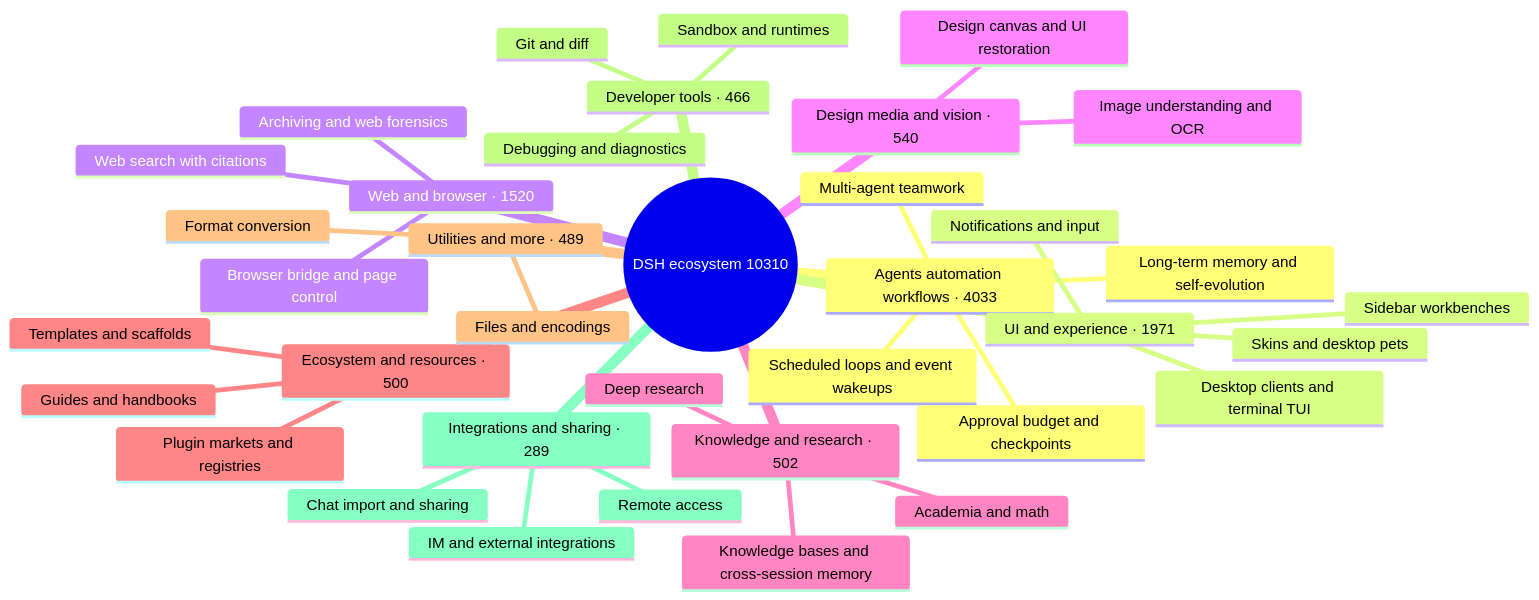
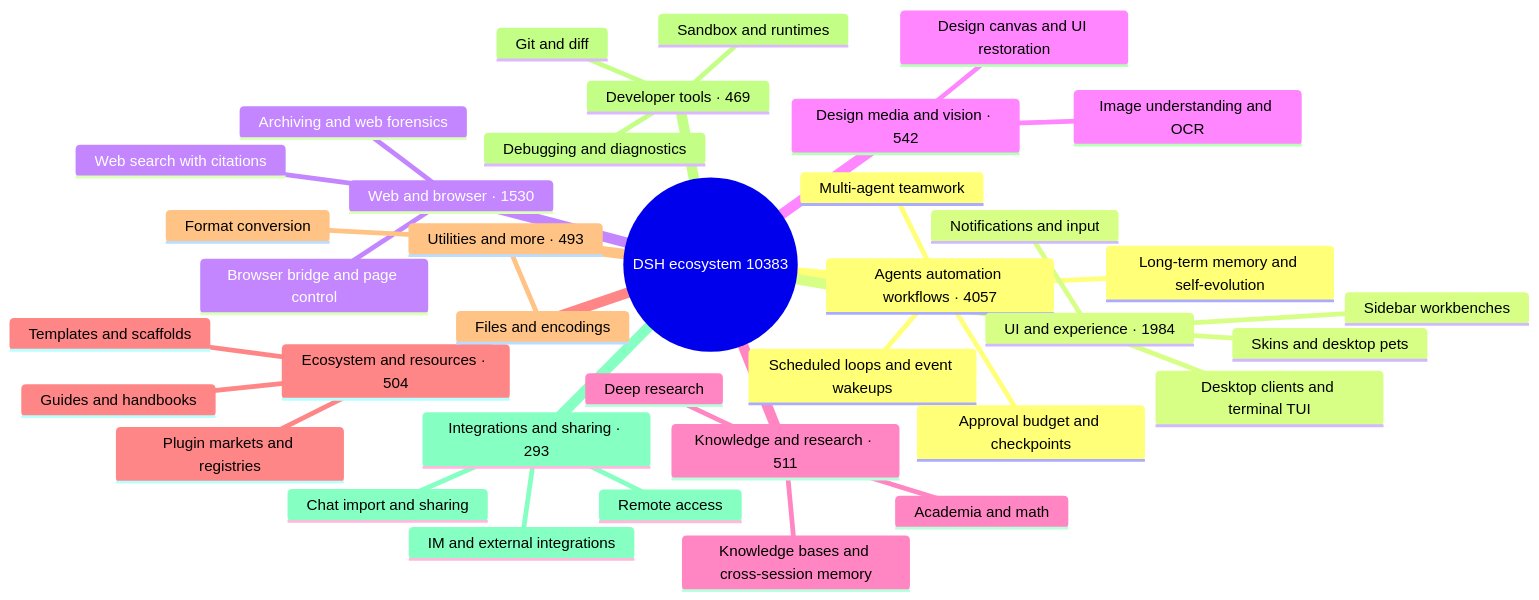
Before and after one commit to bruc3van/awesome-dsh-plugin: the diagram in README_EN.md, drawn with Mermaid. The commit also changed other lines of this file and 19 other files, not shown here.

````diff
--- a/README_EN.md
+++ b/README_EN.md
@@ -33,40 +33,40 @@
 ```mermaid
 mindmap
-  root((DSH ecosystem 10310))
-    Agents automation workflows · 4033
+  root((DSH ecosystem 10383))
+    Agents automation workflows · 4057
       Scheduled loops and event wakeups
       Multi-agent teamwork
       Long-term memory and self-evolution
       Approval budget and checkpoints
-    UI and experience · 1971
+    UI and experience · 1984
       Desktop clients and terminal TUI
       Sidebar workbenches
       Skins and desktop pets
       Notifications and input
-    Web and browser · 1520
+    Web and browser · 1530
       Browser bridge and page control
       Web search with citations
       Archiving and web forensics
-    Design media and vision · 540
+    Design media and vision · 542
       Image understanding and OCR
       Design canvas and UI restoration
-    Knowledge and research · 502
+    Knowledge and research · 511
       Knowledge bases and cross-session memory
       Deep research
       Academia and math
-    Ecosystem and resources · 500
+    Ecosystem and resources · 504
       Plugin markets and registries
       Templates and scaffolds
       Guides and handbooks
-    Utilities and more · 489
+    Utilities and more · 493
       Files and encodings
       Format conversion
-    Developer tools · 466
+    Developer tools · 469
       Git and diff
       Sandbox and runtimes
       Debugging and diagnostics
-    Integrations and sharing · 289
+    Integrations and sharing · 293
       Chat import and sharing
       Remote access
       IM and external integrations
 ```
````
